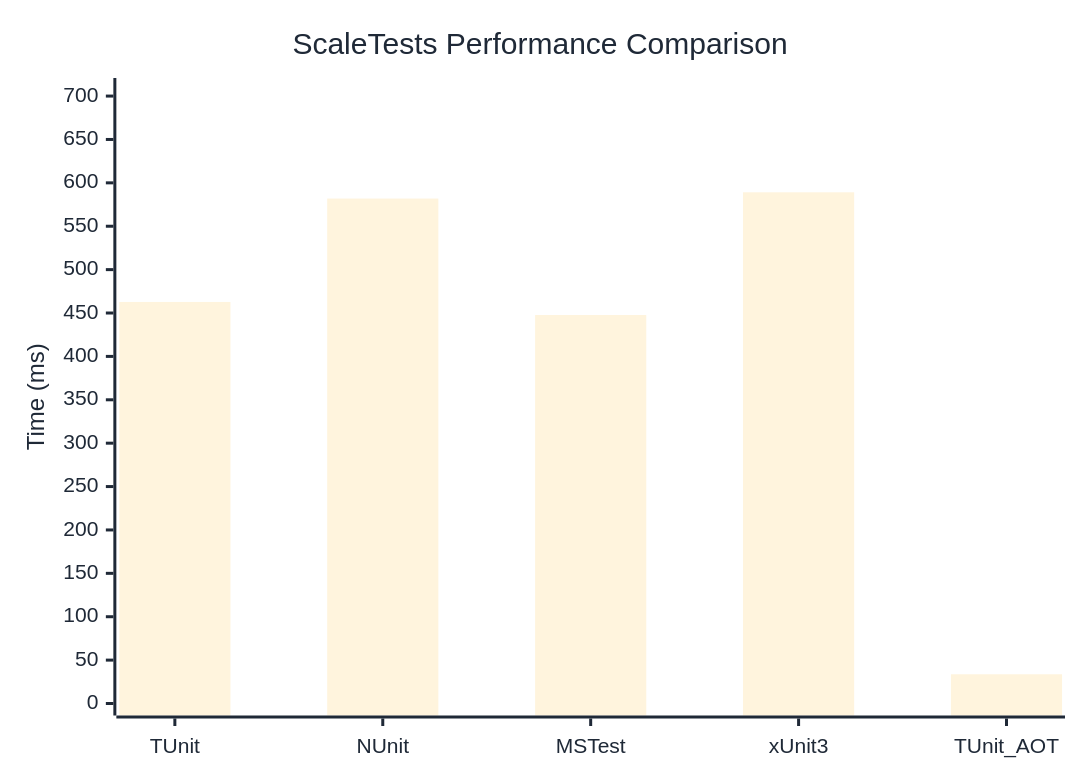
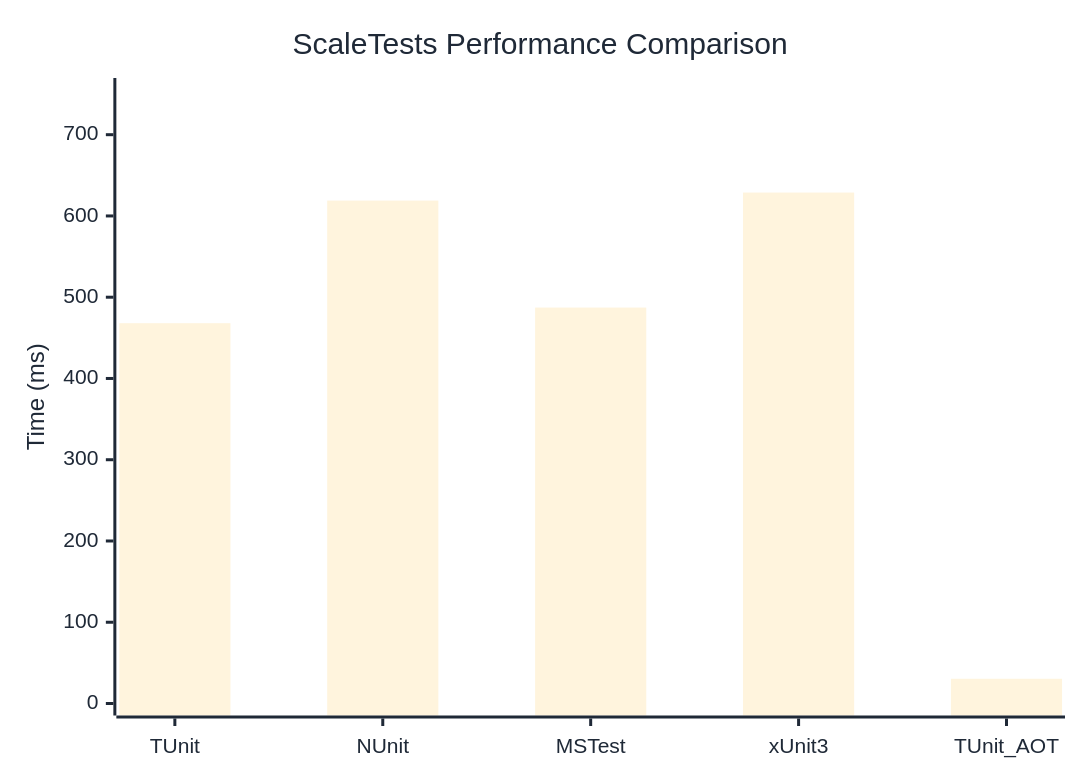
One commit to thomhurst/TUnit changed the diagram in docs/docs/benchmarks/ScaleTests.md. Above: the diagram before and after it, drawn with Mermaid. The commit also changed other lines of this file and 17 other files, not shown here.

````diff
--- a/docs/docs/benchmarks/ScaleTests.md
+++ b/docs/docs/benchmarks/ScaleTests.md
@@ -27,37 +27,37 @@
 ```mermaid
 %%{init: {
   'theme':'base',
   'themeVariables': {
     'primaryColor': '#2563eb',
     'primaryTextColor': '#1f2937',
     'primaryBorderColor': '#1e40af',
     'lineColor': '#6b7280',
     'secondaryColor': '#7c3aed',
     'tertiaryColor': '#dc2626',
     'background': '#ffffff',
     'mainBkg': '#2563eb',
     'secondBkg': '#7c3aed',
     'tertiaryBkg': '#dc2626',
     'clusterBkg': '#f3f4f6',
     'edgeLabelBackground': '#ffffff',
     'tertiaryTextColor': '#1f2937',
     'pie1': '#2563eb',
     'pie2': '#7c3aed',
     'pie3': '#dc2626',
     'pie4': '#f59e0b',
     'pie5': '#10b981',
     'pie6': '#06b6d4',
     'pie7': '#ec4899',
     'pie8': '#6366f1',
     'pie9': '#84cc16',
     'pie10': '#f97316',
     'pie11': '#14b8a6',
     'pie12': '#a855f7'
   }
 }}%%
 xychart-beta
   title "ScaleTests Performance Comparison"
   x-axis ["TUnit", "NUnit", "MSTest", "xUnit3", "TUnit_AOT"]
-  y-axis "Time (ms)" 0 --> 707
-  bar [462.73, 581.91, 447.69, 589.11, 33.68]
+  y-axis "Time (ms)" 0 --> 755
+  bar [468.03, 618.92, 487.27, 628.79, 30.45]
 ```
````
